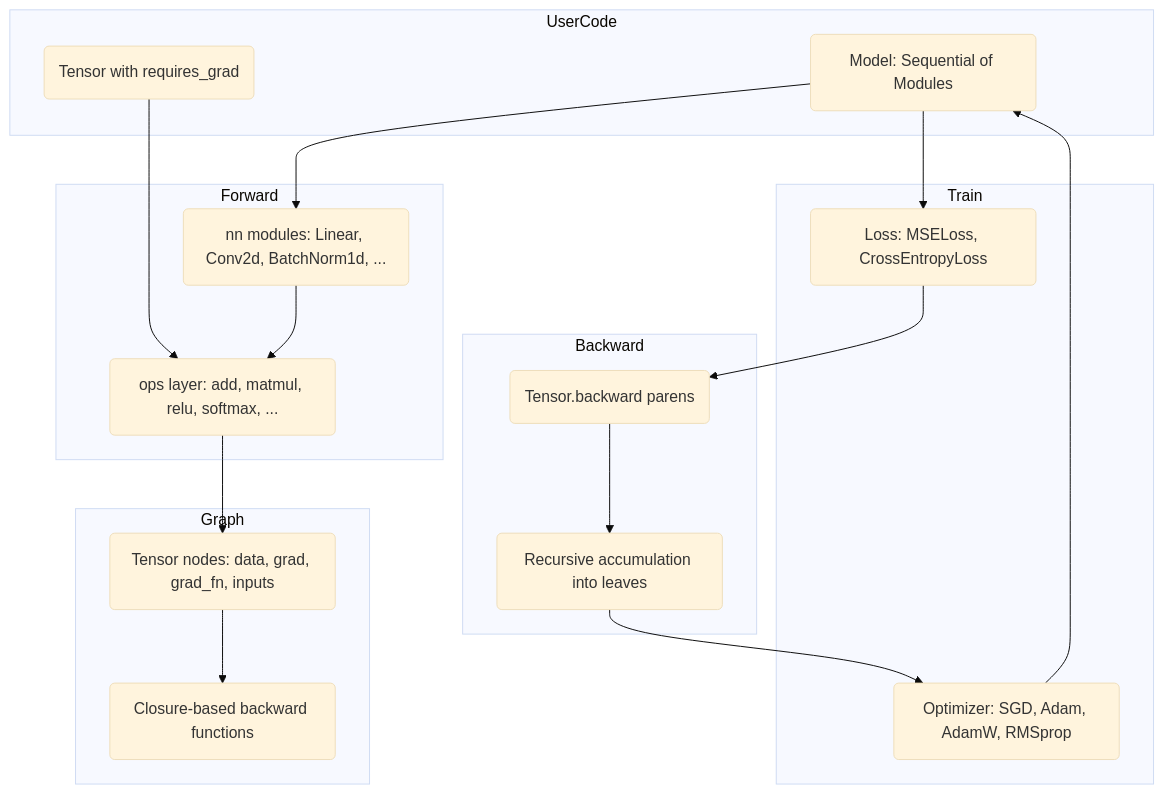
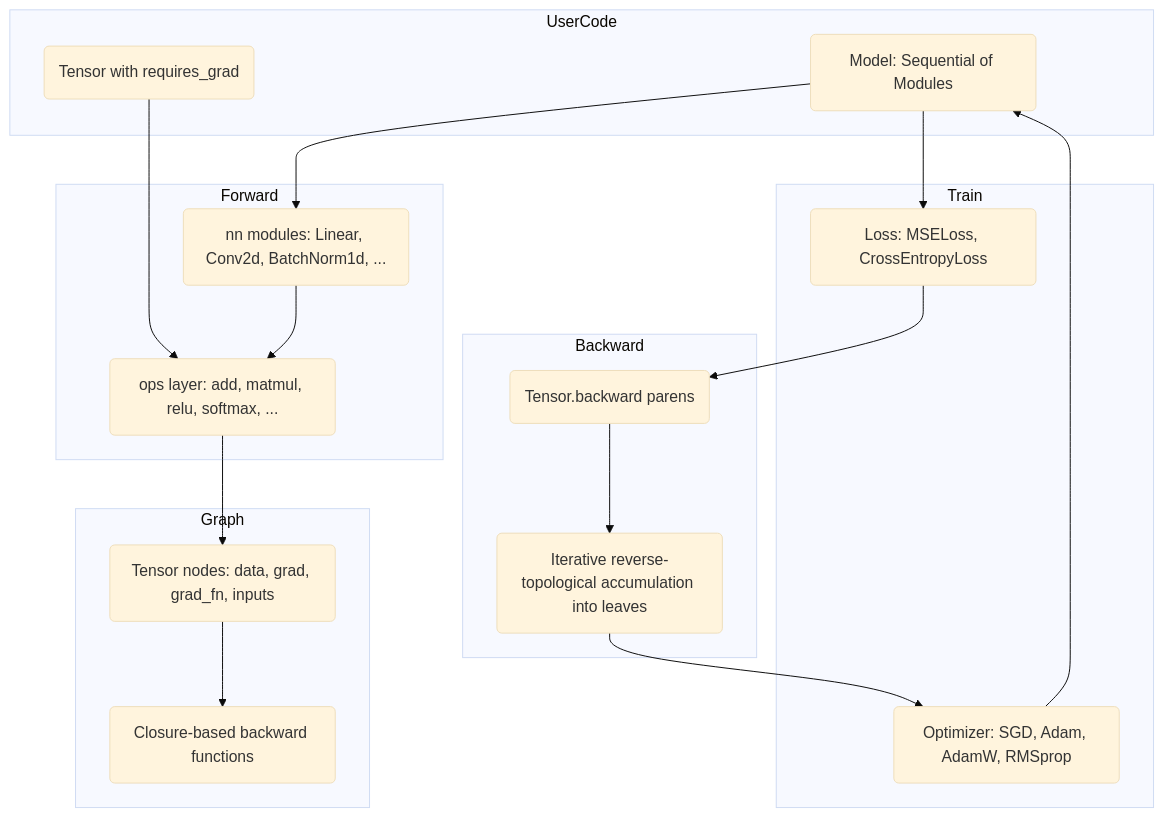
The diagram in 35-differentiable-programming/docs/BLUEPRINT.md (jchu0/applied-cs-projects), drawn with Mermaid (base theme) before and after one commit. The commit also changed other lines of this file and 5 other files, not shown here.

First line of the commit message:
Tier C 35: iterative backward (deep graphs) + trainable Conv2d

````diff
--- a/35-differentiable-programming/docs/BLUEPRINT.md
+++ b/35-differentiable-programming/docs/BLUEPRINT.md
@@ -40,32 +41,32 @@
 ```mermaid
 flowchart TD
     subgraph UserCode
         U1(Tensor with requires_grad)
         U2(Model: Sequential of Modules)
     end
     subgraph Forward
         OPS(ops layer: add, matmul, relu, softmax, ...)
         NN(nn modules: Linear, Conv2d, BatchNorm1d, ...)
     end
     subgraph Graph
         T(Tensor nodes: data, grad, grad_fn, inputs)
         E(Closure-based backward functions)
     end
     subgraph Backward
         B(Tensor.backward parens)
-        A(Recursive accumulation into leaves)
+        A(Iterative reverse-topological accumulation into leaves)
     end
     subgraph Train
         L(Loss: MSELoss, CrossEntropyLoss)
         O(Optimizer: SGD, Adam, AdamW, RMSprop)
     end
 
     U1 --> OPS
     U2 --> NN --> OPS
     OPS --> T
     T --> E
     U2 --> L --> B
     B --> A
     A --> O
     O --> U2
 ```
````
